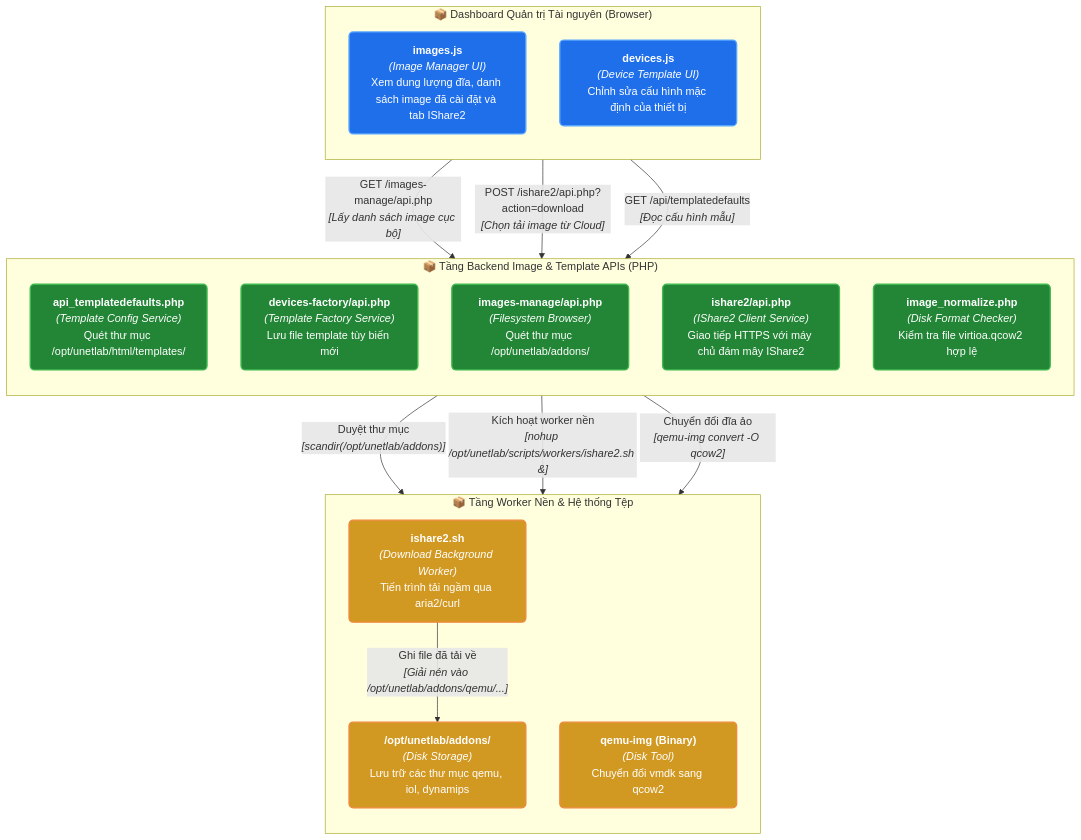
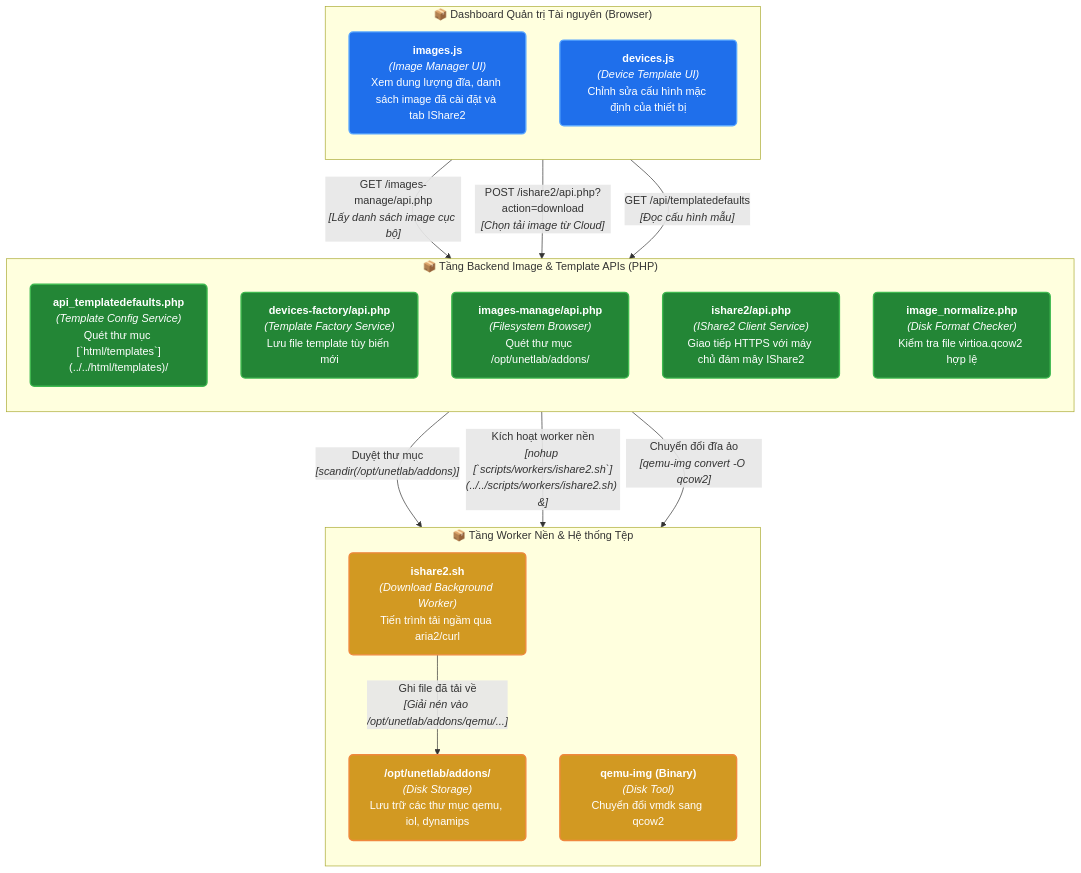
One commit to Luuxinhxinh/pnet-v8 changed the diagram in docs/01-feature-groups/09-device-templates-images.md. Above: the diagram before and after it, drawn with Mermaid. The commit also changed other lines of this file and 92 other files, not shown here.

````diff
--- a/docs/01-feature-groups/09-device-templates-images.md
+++ b/docs/01-feature-groups/09-device-templates-images.md
@@ -58,40 +58,40 @@
 ```mermaid
 flowchart TD
     %% Styling classes
     classDef ui fill:#1f6feb,stroke:#58a6ff,stroke-width:2px,color:#ffffff,rx:6px,ry:6px;
     classDef api fill:#238636,stroke:#3fb950,stroke-width:2px,color:#ffffff,rx:6px,ry:6px;
     classDef wrap fill:#d29922,stroke:#f0883e,stroke-width:2px,color:#ffffff,rx:6px,ry:6px;
     classDef kernel fill:#8957e5,stroke:#a371f7,stroke-width:2px,color:#ffffff,rx:6px,ry:6px;
     classDef storage fill:#21262d,stroke:#8b949e,stroke-width:1.5px,color:#c9d1d9,rx:6px,ry:6px;
 
     subgraph SG_web_dashboard [" 📦 Dashboard Quản trị Tài nguyên (Browser) "]
         direction TB
         images_ui["<b>images.js</b><br/><i>(Image Manager UI)</i><br/>Xem dung lượng đĩa, danh sách image đã cài đặt và tab IShare2"]:::ui
         devices_ui["<b>devices.js</b><br/><i>(Device Template UI)</i><br/>Chỉnh sửa cấu hình mặc định của thiết bị"]:::ui
     end
 
     subgraph SG_image_apis [" 📦 Tầng Backend Image & Template APIs (PHP) "]
         direction TB
-        template_api["<b>api_templatedefaults.php</b><br/><i>(Template Config Service)</i><br/>Quét thư mục /opt/unetlab/html/templates/"]:::api
+        template_api["<b>api_templatedefaults.php</b><br/><i>(Template Config Service)</i><br/>Quét thư mục [`html/templates`](../../html/templates)/"]:::api
         factory_api["<b>devices-factory/api.php</b><br/><i>(Template Factory Service)</i><br/>Lưu file template tùy biến mới"]:::api
         manage_api["<b>images-manage/api.php</b><br/><i>(Filesystem Browser)</i><br/>Quét thư mục /opt/unetlab/addons/"]:::api
         ishare_api["<b>ishare2/api.php</b><br/><i>(IShare2 Client Service)</i><br/>Giao tiếp HTTPS với máy chủ đám mây IShare2"]:::api
         normalizer_api["<b>image_normalize.php</b><br/><i>(Disk Format Checker)</i><br/>Kiểm tra file virtioa.qcow2 hợp lệ"]:::api
     end
 
     subgraph SG_system_workers [" 📦 Tầng Worker Nền & Hệ thống Tệp "]
         direction TB
         ishare_worker["<b>ishare2.sh</b><br/><i>(Download Background Worker)</i><br/>Tiến trình tải ngầm qua aria2/curl"]:::wrap
         qemu_img["<b>qemu-img (Binary)</b><br/><i>(Disk Tool)</i><br/>Chuyển đổi vmdk sang qcow2"]:::wrap
         addons_fs["<b>/opt/unetlab/addons/</b><br/><i>(Disk Storage)</i><br/>Lưu trữ các thư mục qemu, iol, dynamips"]:::wrap
     end
 
     %% Quan hệ giữa các thành phần
     images_ui -->|"GET /images-manage/api.php<br/><i>[Lấy danh sách image cục bộ]</i>"| manage_api
     images_ui -->|"POST /ishare2/api.php?action=download<br/><i>[Chọn tải image từ Cloud]</i>"| ishare_api
     manage_api -->|"Duyệt thư mục<br/><i>[scandir(/opt/unetlab/addons)]</i>"| addons_fs
-    ishare_api -->|"Kích hoạt worker nền<br/><i>[nohup /opt/unetlab/scripts/workers/ishare2.sh &]</i>"| ishare_worker
+    ishare_api -->|"Kích hoạt worker nền<br/><i>[nohup [`scripts/workers/ishare2.sh`](../../scripts/workers/ishare2.sh) &]</i>"| ishare_worker
     ishare_worker -->|"Ghi file đã tải về<br/><i>[Giải nén vào /opt/unetlab/addons/qemu/...]</i>"| addons_fs
     normalizer_api -->|"Chuyển đổi đĩa ảo<br/><i>[qemu-img convert -O qcow2]</i>"| qemu_img
     devices_ui -->|"GET /api/templatedefaults<br/><i>[Đọc cấu hình mẫu]</i>"| template_api
 ```
````
